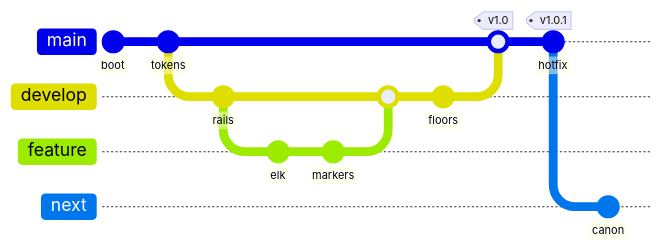
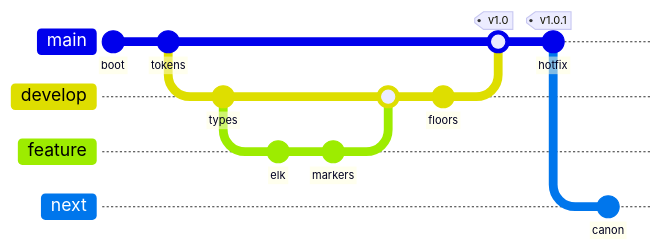
Before and after one commit to bsamiee/Rasm: diagram 16 of 25 in .claude/skills/mermaid-diagramming/references/syntax-extended.md, drawn with Mermaid. The commit also changed other lines of this file and 1997 other files, not shown here.

````diff
--- a/.claude/skills/mermaid-diagramming/references/syntax-extended.md
+++ b/.claude/skills/mermaid-diagramming/references/syntax-extended.md
@@ -488,28 +488,28 @@
 ```mermaid
 ---
 config:
   gitGraph:
     rotateCommitLabel: false
 ---
 gitGraph LR:
   accTitle: Release branch history
   accDescr: A develop branch cut from main, a feature merged into develop, develop merged back for a tagged release, and an in-flight next branch cut after the release.
   commit id: "boot"
   commit id: "tokens"
   branch develop
   checkout develop
-  commit id: "rails"
+  commit id: "types"
   branch feature
   checkout feature
   commit id: "elk"
   commit id: "markers"
   checkout develop
   merge feature
   commit id: "floors"
   checkout main
   merge develop tag: "v1.0"
   commit id: "hotfix" tag: "v1.0.1"
   branch next
   checkout next
   commit id: "canon"
 ```
````
